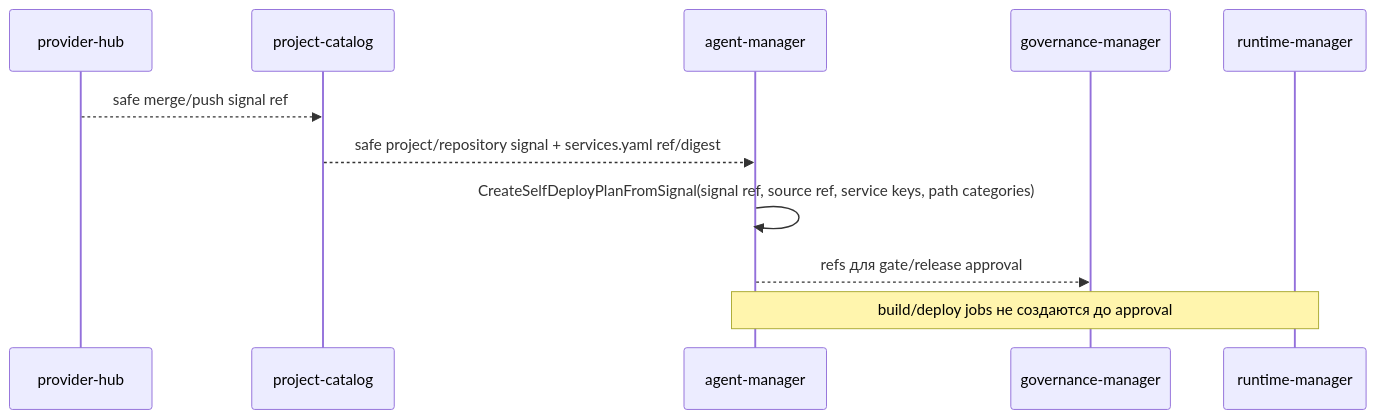
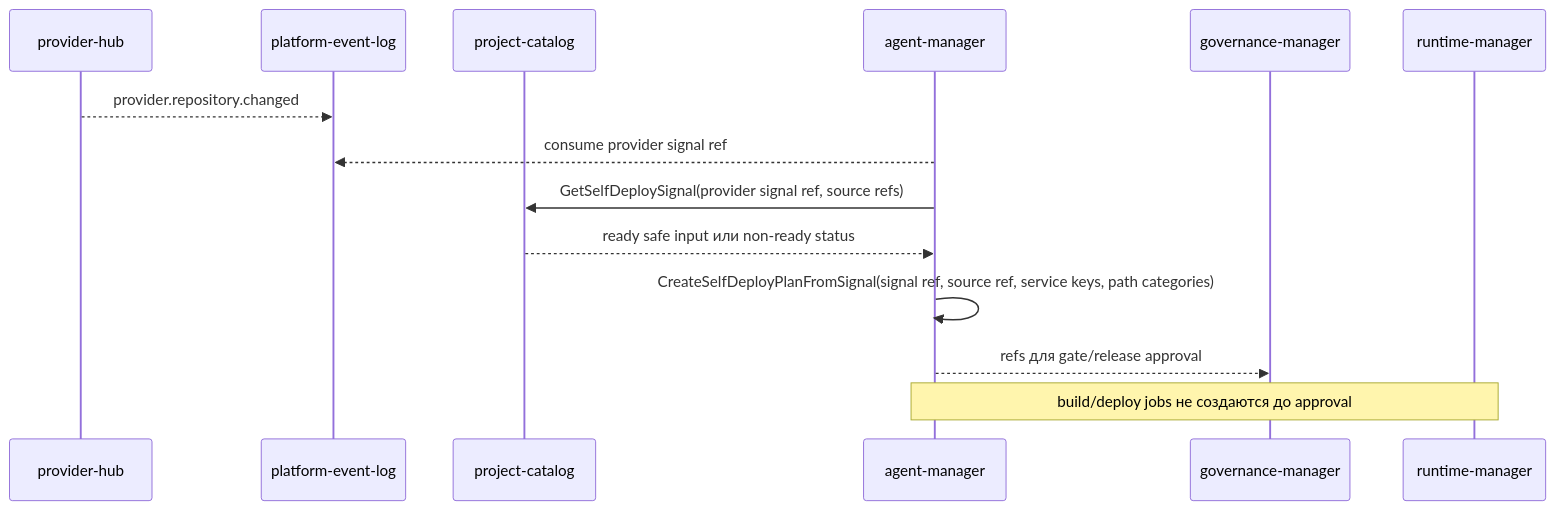
The third of 4 diagrams in docs/domains/agent-orchestration/architecture/design.md (codex-k8s/kodex), drawn with Mermaid before and after one commit. The commit also changed other lines of this file and 23 other files, not shown here.

Commit message:
Wire self deploy signal planning

````diff
--- a/docs/domains/agent-orchestration/architecture/design.md
+++ b/docs/domains/agent-orchestration/architecture/design.md
@@ -135,13 +135,16 @@
 ```mermaid
 sequenceDiagram
   participant Provider as provider-hub
+  participant Log as platform-event-log
   participant PC as project-catalog
   participant AM as agent-manager
   participant GOV as governance-manager
   participant R as runtime-manager
-  Provider-->>PC: safe merge/push signal ref
-  PC-->>AM: safe project/repository signal + services.yaml ref/digest
+  Provider-->>Log: provider.repository.changed
+  AM-->>Log: consume provider signal ref
+  AM->>PC: GetSelfDeploySignal(provider signal ref, source refs)
+  PC-->>AM: ready safe input или non-ready status
   AM->>AM: CreateSelfDeployPlanFromSignal(signal ref, source ref, service keys, path categories)
   AM-->>GOV: refs для gate/release approval
   Note over AM,R: build/deploy jobs не создаются до approval
 ```
````
